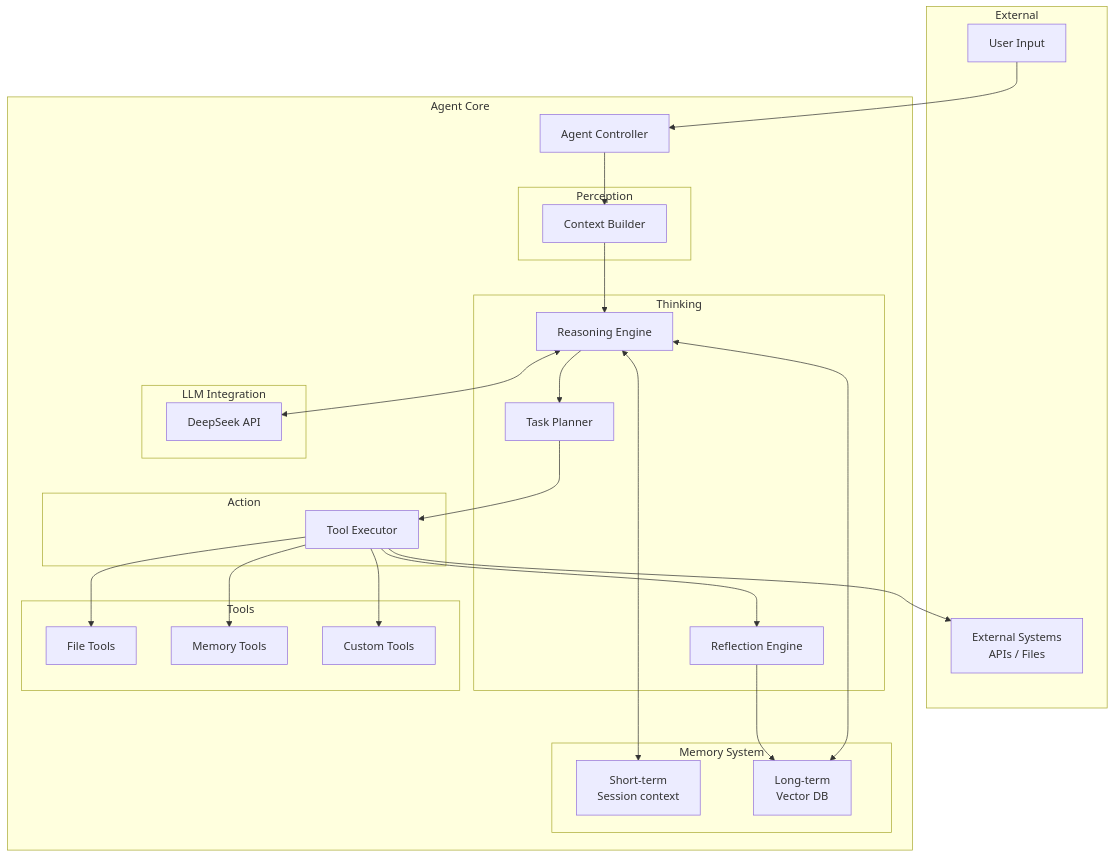
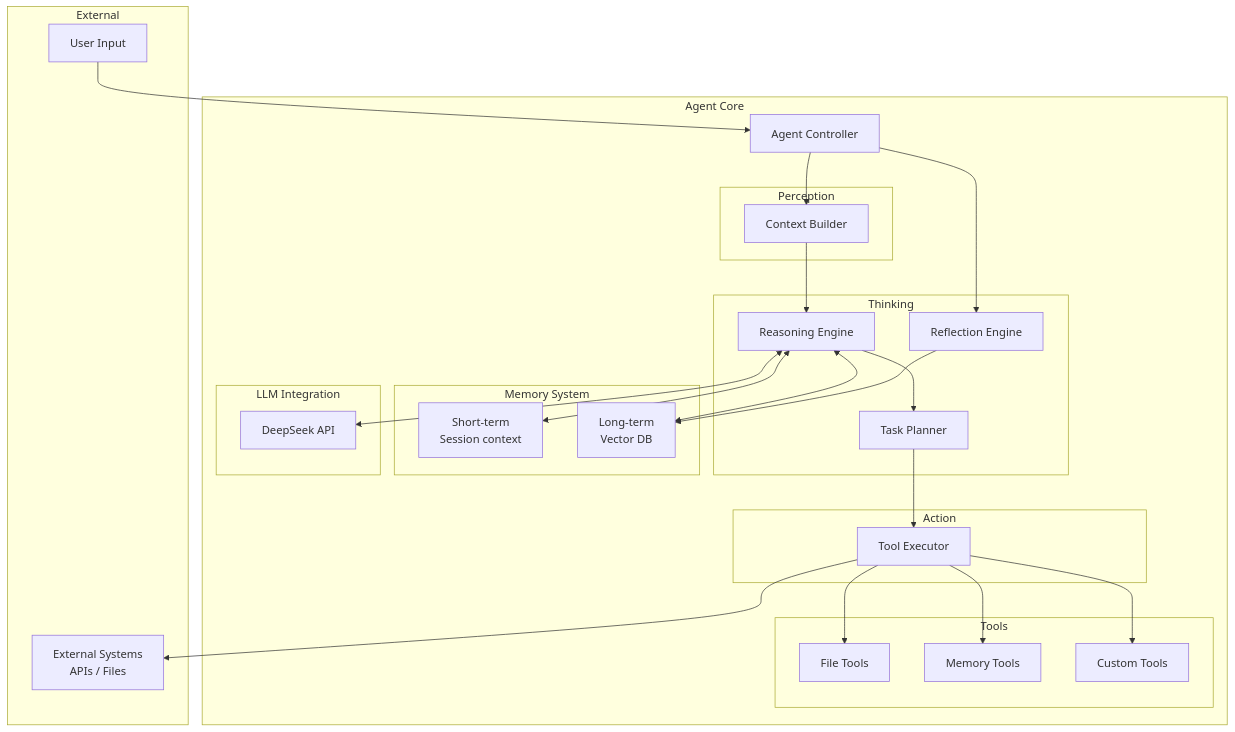
The diagram in README.md (Lykr/agent), drawn with Mermaid before and after one commit.

Commit message:
fix: correct reflection edge in architecture diagram
Reflection is triggered by Agent after run loop, not by the tool executor.

````diff
--- a/README.md
+++ b/README.md
@@ -126,55 +126,55 @@
 ```mermaid
 graph TB
     subgraph "External"
         User[User Input]
         Env[External Systems<br/>APIs / Files]
     end
 
     subgraph "Agent Core"
         Agent[Agent Controller]
 
         subgraph "Perception"
             Perceive[Context Builder]
         end
 
         subgraph "Thinking"
             Reason[Reasoning Engine]
             Plan[Task Planner]
             Reflect[Reflection Engine]
         end
 
         subgraph "Action"
             Execute[Tool Executor]
         end
 
         subgraph "Memory System"
             ShortMem[Short-term<br/>Session context]
             LongMem[Long-term<br/>Vector DB]
         end
 
         subgraph "LLM Integration"
             LLM[DeepSeek API]
         end
 
         subgraph "Tools"
             FileTools[File Tools]
             MemTools[Memory Tools]
             CustomTools[Custom Tools]
         end
     end
 
     User --> Agent
     Agent --> Perceive
     Perceive --> Reason
     Reason --> Plan
     Plan --> Execute
     Execute --> FileTools
     Execute --> MemTools
     Execute --> CustomTools
     Reason <--> ShortMem
     Reason <--> LongMem
     Reason <--> LLM
     Execute --> Env
-    Execute --> Reflect
+    Agent --> Reflect
     Reflect --> LongMem
 ```
````
